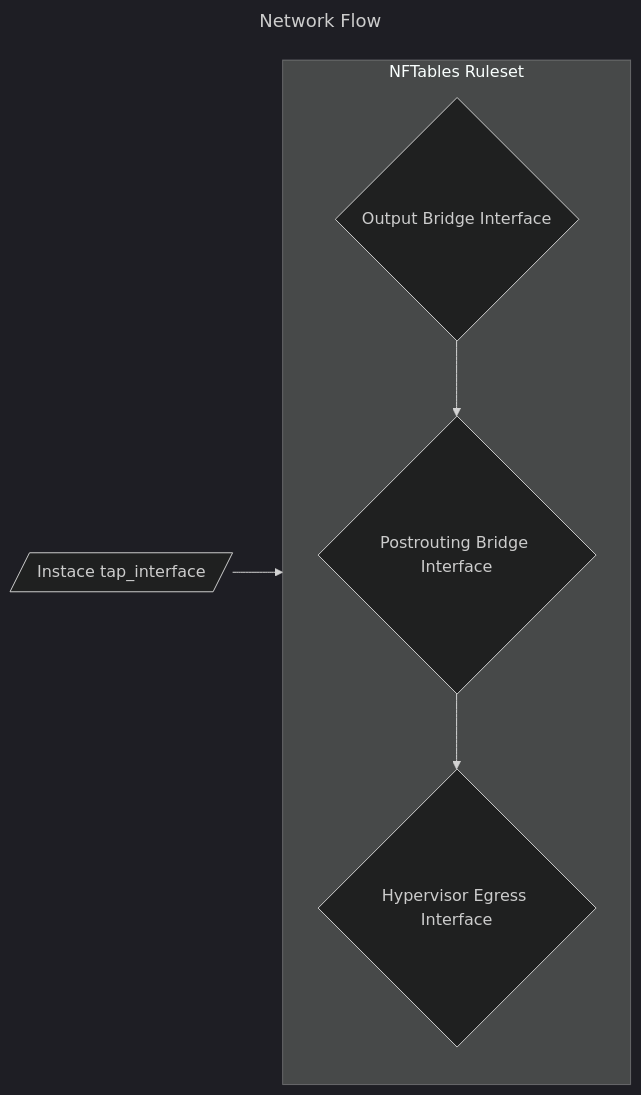
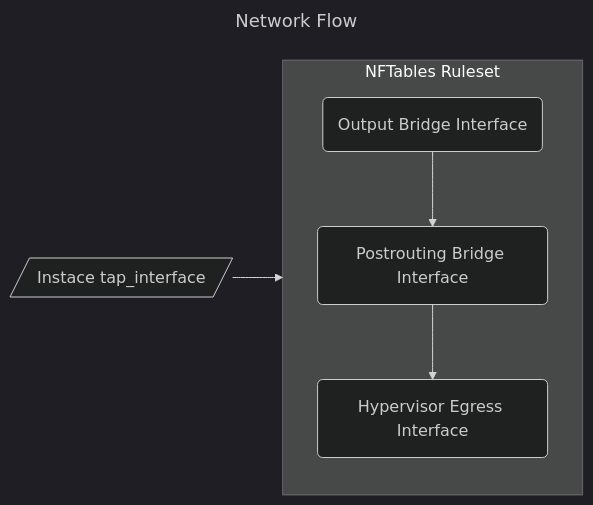
Before and after one commit to Zai4ikManiak/Cyber-Security-Study: the diagram in Antispam System/README.md, drawn with Mermaid (dark theme).

Commit message:
modified:   README.md

````diff
--- a/Antispam System/README.md
+++ b/Antispam System/README.md
@@ -3,16 +3,16 @@
 ```mermaid
 ---
 title: Network Flow
 ---
 flowchart LR
     tap_int["Instace tap_interface"]@{ shape: in-out }
 
     subgraph firewall["NFTables Ruleset"]
-        output_br["Output Bridge Interface"]@{ shape: decision }
-        post_ro_br["Postrouting Bridge Interface"]@{ shape: decision }
-        egress["Hypervisor Egress Interface"]@{ shape: decision }
+        output_br["Output Bridge Interface"]@{ shape: event }
+        post_ro_br["Postrouting Bridge Interface"]@{ shape: event }
+        egress["Hypervisor Egress Interface"]@{ shape: event }
     end
 
     tap_int --> firewall
     output_br --> post_ro_br --> egress
 ```
````
